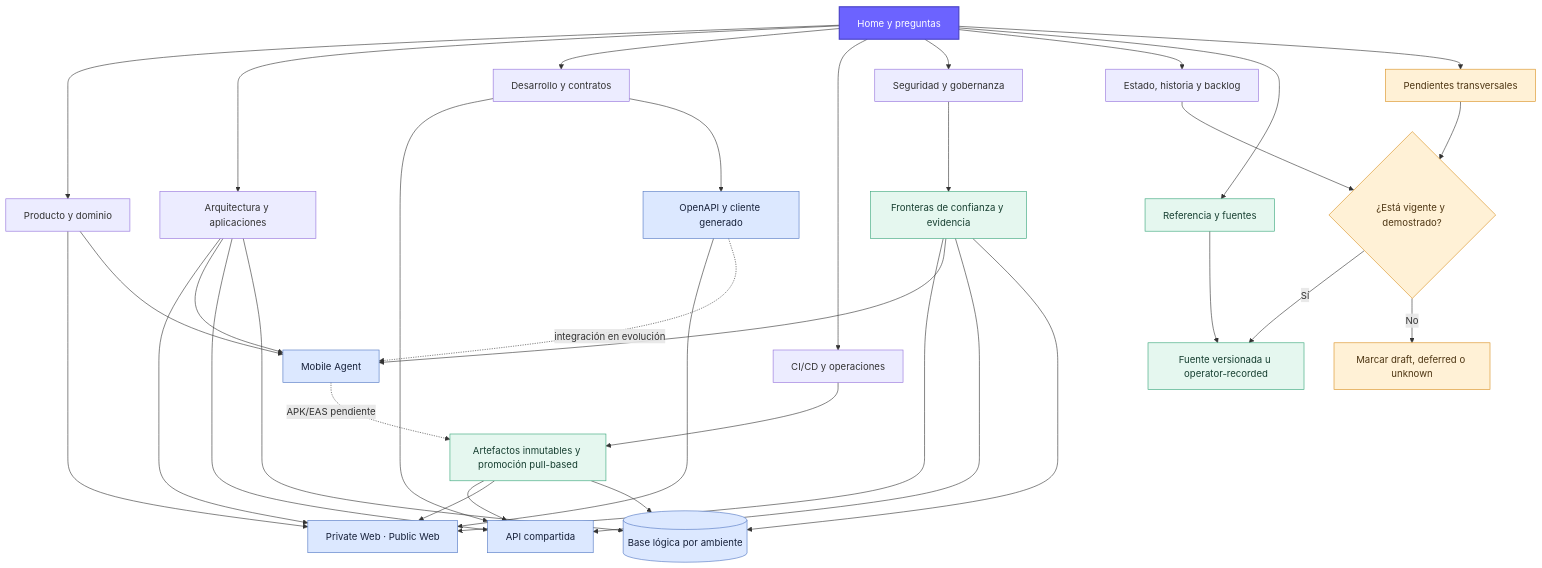
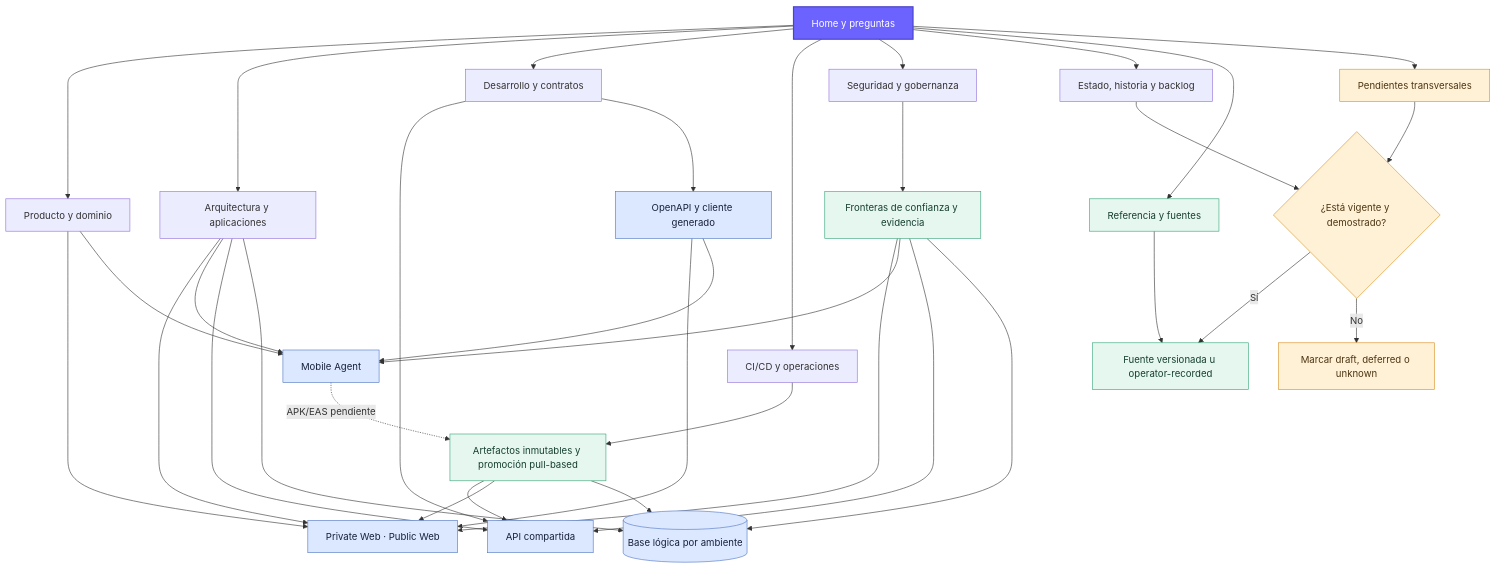
The diagram in Vault/diagrams/atlas-elevant.md (ErickEduardo027/ELEVANT), drawn with Mermaid before and after one commit. The commit also changed other lines of this file and 51 other files, not shown here.

````diff
--- a/Vault/diagrams/atlas-elevant.md
+++ b/Vault/diagrams/atlas-elevant.md
@@ -50,48 +50,48 @@
 ```mermaid
 flowchart TB
     H[Home y preguntas] --> P[Producto y dominio]
     H --> A[Arquitectura y aplicaciones]
     H --> D[Desarrollo y contratos]
     H --> O[CI/CD y operaciones]
     H --> G[Seguridad y gobernanza]
     H --> E[Estado, historia y backlog]
     H --> REF[Referencia y fuentes]
     H --> BACK[Pendientes transversales]
 
     P --> WEB[Private Web · Public Web]
     P --> MOB[Mobile Agent]
     A --> WEB
     A --> MOB
     A --> API[API compartida]
     A --> DB[(Base lógica por ambiente)]
     D --> API
     D --> CONTRACT[OpenAPI y cliente generado]
     CONTRACT --> WEB
-    CONTRACT -.->|integración en evolución| MOB
+    CONTRACT --> MOB
     O --> RELEASE[Artefactos inmutables y promoción pull-based]
     RELEASE --> API
     RELEASE --> WEB
     MOB -.->|APK/EAS pendiente| RELEASE
     RELEASE --> DB
     G --> TRUST[Fronteras de confianza y evidencia]
     TRUST --> WEB
     TRUST --> MOB
     TRUST --> API
     TRUST --> DB
     E --> CHECK{¿Está vigente y demostrado?}
     REF --> SOURCE
     BACK --> CHECK
     CHECK -->|Sí| SOURCE[Fuente versionada u operator-recorded]
     CHECK -->|No| LABEL[Marcar draft, deferred o unknown]
 
     classDef entry fill:#6c63ff,color:#fff,stroke:#4b44c7,stroke-width:2px;
     classDef system fill:#dce8ff,color:#17213a,stroke:#4f75c2;
     classDef control fill:#e5f7ef,color:#173f31,stroke:#36a579;
     classDef caution fill:#fff1d6,color:#4d3512,stroke:#d99021;
     class H entry;
     class WEB,MOB,API,DB,CONTRACT system;
     class RELEASE,TRUST,SOURCE control;
     class CHECK,LABEL caution;
     class BACK caution;
     class REF control;
 ```
````
